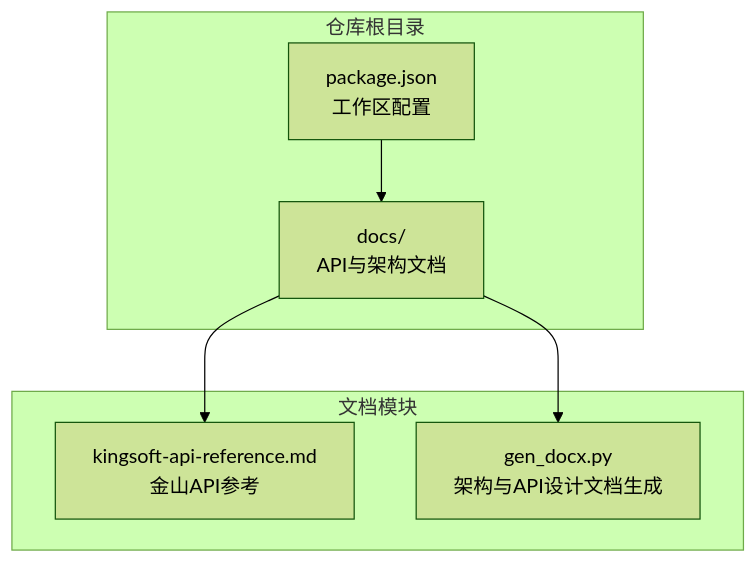
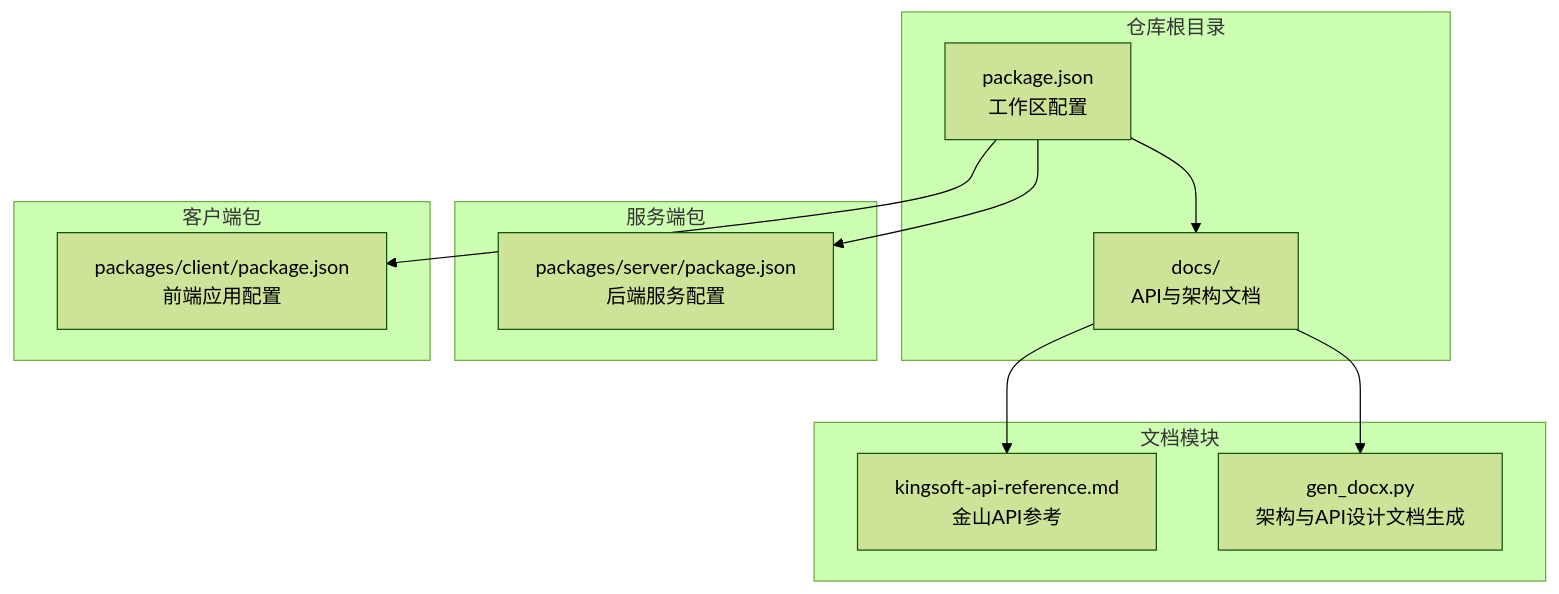
Before and after one commit to Ren-chao02/wps_dbsheet_examination_system: the first of 5 diagrams in .qoder/repowiki/zh/content/API参考/判分系统API.md, drawn with Mermaid (forest theme). The commit also changed other lines of this file and 64 other files, not shown here.

````diff
--- a/.qoder/repowiki/zh/content/API参考/判分系统API.md
+++ b/.qoder/repowiki/zh/content/API参考/判分系统API.md
@@ -32,14 +44,22 @@
 ```mermaid
 graph TB
 subgraph "仓库根目录"
 pkg["package.json<br/>工作区配置"]
 docs["docs/<br/>API与架构文档"]
 end
 subgraph "文档模块"
 api_ref["kingsoft-api-reference.md<br/>金山API参考"]
 design_doc["gen_docx.py<br/>架构与API设计文档生成"]
 end
+subgraph "服务端包"
+server_pkg["packages/server/package.json<br/>后端服务配置"]
+end
+subgraph "客户端包"
+client_pkg["packages/client/package.json<br/>前端应用配置"]
+end
 pkg --> docs
 docs --> api_ref
 docs --> design_doc
+pkg --> server_pkg
+pkg --> client_pkg
 ```
````
